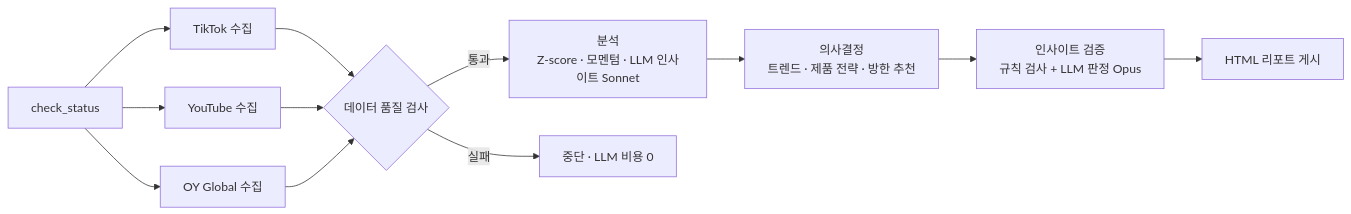
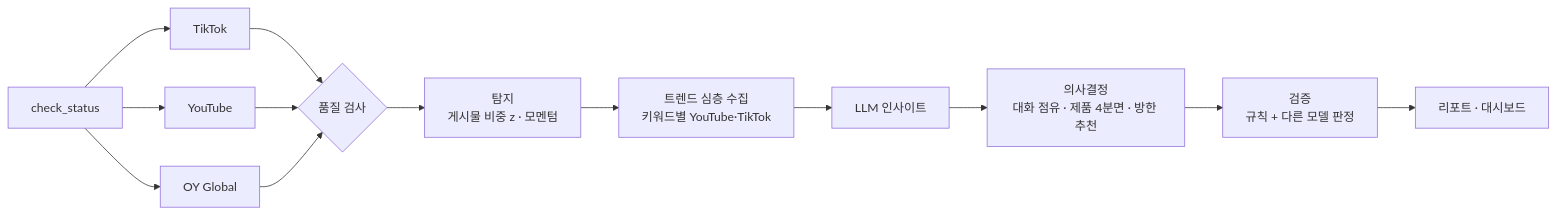
One commit to eugenee726/K-beauty-agent-intelligence-Agent- changed the diagram in README.md. Above: the diagram before and after it, drawn with Mermaid. The commit also changed other lines of this file and 9 other files, not shown here.

````diff
--- a/README.md
+++ b/README.md
@@ -382,10 +17,11 @@
 ```mermaid
 flowchart LR
-    S[check_status] --> T[TikTok 수집] & Y[YouTube 수집] & O[OY Global 수집]
-    T & Y & O --> Q{데이터 품질 검사}
-    Q -->|통과| A[분석<br/>Z-score · 모멘텀 · LLM 인사이트 Sonnet]
-    A --> D[의사결정<br/>트렌드 · 제품 전략 · 방한 추천]
-    D --> V[인사이트 검증<br/>규칙 검사 + LLM 판정 Opus]
-    V --> P[HTML 리포트 게시]
-    Q -->|실패| X[중단 · LLM 비용 0]
+    S[check_status] --> T[TikTok] & Y[YouTube] & O[OY Global]
+    T & Y & O --> Q{품질 검사}
+    Q --> A[탐지<br/>게시물 비중 z · 모멘텀]
+    A --> DC[트렌드 심층 수집<br/>키워드별 YouTube·TikTok]
+    DC --> L[LLM 인사이트]
+    L --> D[의사결정<br/>대화 점유 · 제품 4분면 · 방한 추천]
+    D --> V[검증<br/>규칙 + 다른 모델 판정]
+    V --> R[리포트 · 대시보드]
 ```
````
